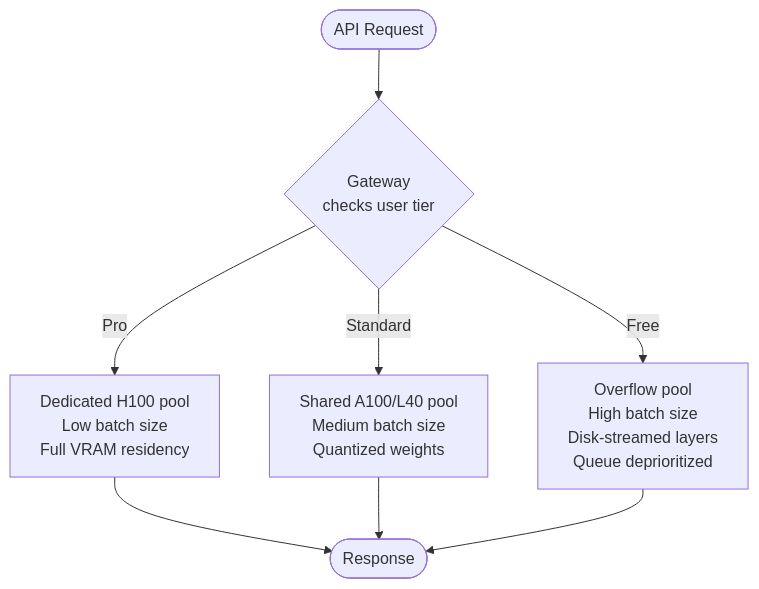
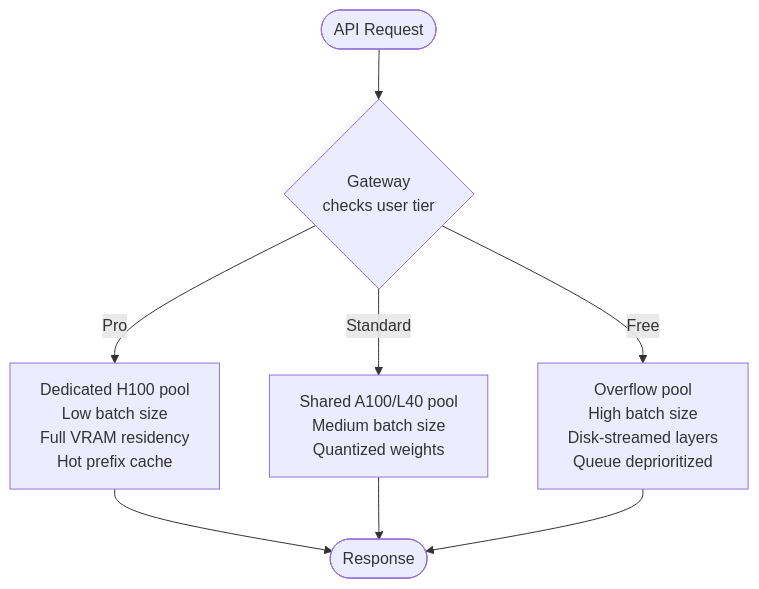
The eighth of 9 diagrams in docs/production-considerations.md (JonCooperWorks/rLLM), drawn with Mermaid before and after one commit. The commit also changed other lines of this file and 8 other files, not shown here.

````diff
--- a/docs/production-considerations.md
+++ b/docs/production-considerations.md
@@ -161,12 +269,12 @@
 ```mermaid
 graph TD
     Req([API Request]) --> GW{Gateway<br/>checks user tier}
 
-    GW -->|Pro| Pro["Dedicated H100 pool<br/>Low batch size<br/>Full VRAM residency"]
+    GW -->|Pro| Pro["Dedicated H100 pool<br/>Low batch size<br/>Full VRAM residency<br/>Hot prefix cache"]
     GW -->|Standard| Std["Shared A100/L40 pool<br/>Medium batch size<br/>Quantized weights"]
     GW -->|Free| Free["Overflow pool<br/>High batch size<br/>Disk-streamed layers<br/>Queue deprioritized"]
 
     Pro --> Resp([Response])
     Std --> Resp
     Free --> Resp
 ```
````
